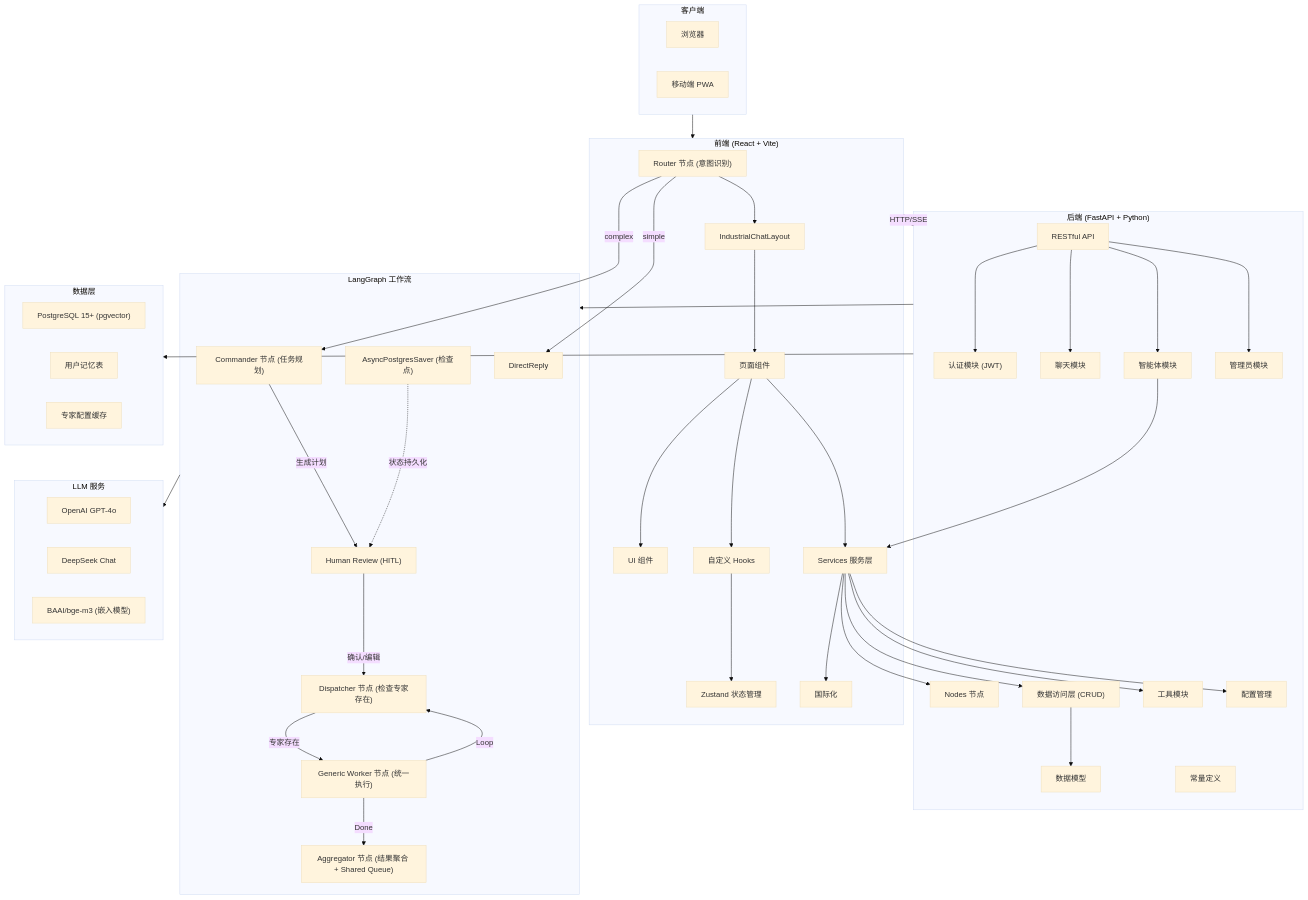
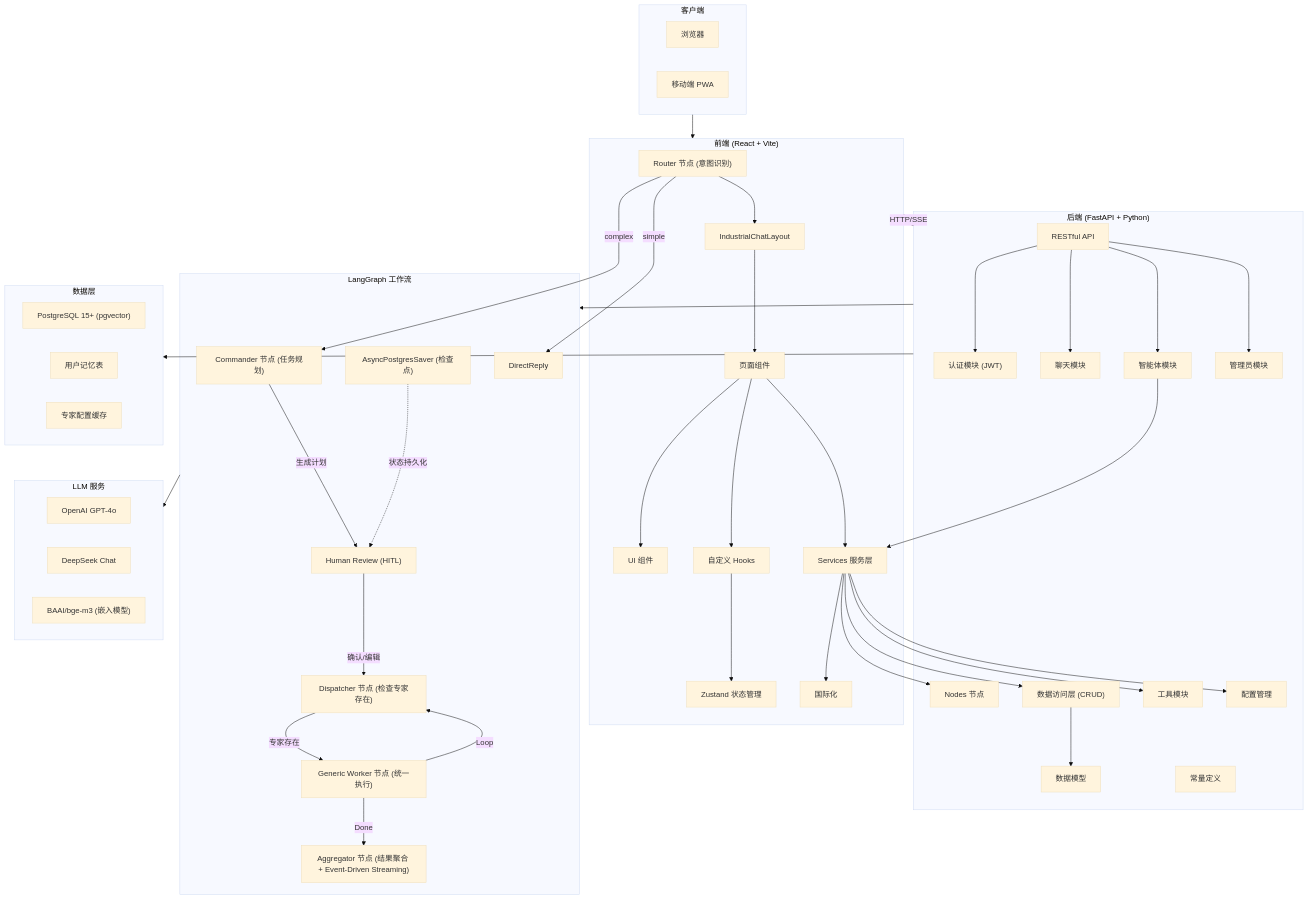
One commit to alex1987chn/xpouch-ai changed the diagram in README.md. Above: the diagram before and after it, drawn with Mermaid (base theme). The commit also changed other lines of this file and 9 other files, not shown here.

```diff
--- a/README.md
+++ b/README.md
@@ -516,7 +516,7 @@
         HumanReview["Human Review (HITL)"]
         Dispatcher["Dispatcher 节点 (检查专家存在)"]
         Generic["Generic Worker 节点 (统一执行)"]
-        Aggregator["Aggregator 节点 (结果聚合 + Shared Queue)"]
+        Aggregator["Aggregator 节点 (结果聚合 + Event-Driven Streaming)"]
         Checkpointer["AsyncPostgresSaver (检查点)"]
 
         Router --> |simple| DirectReply
```
